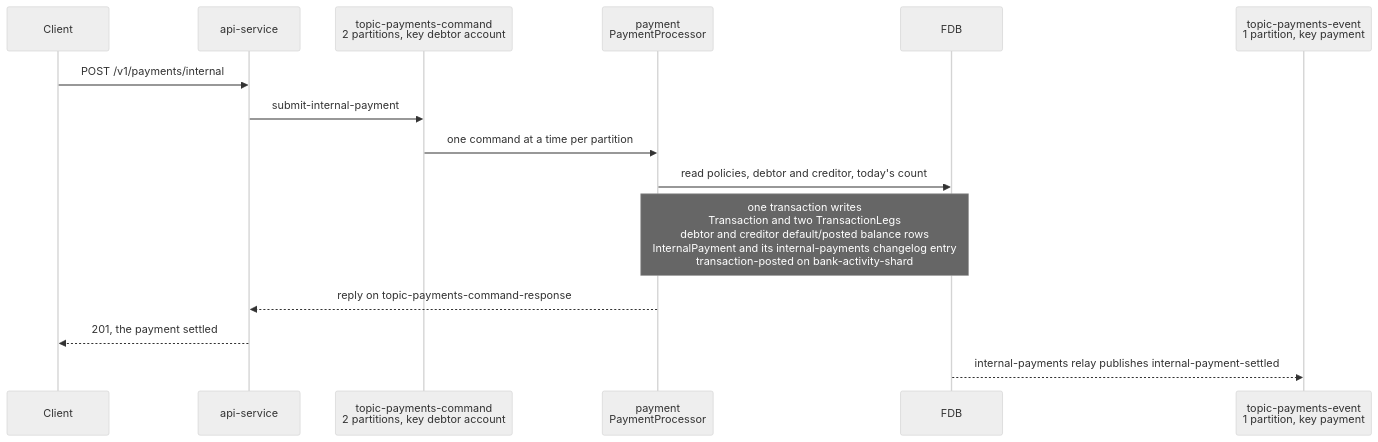
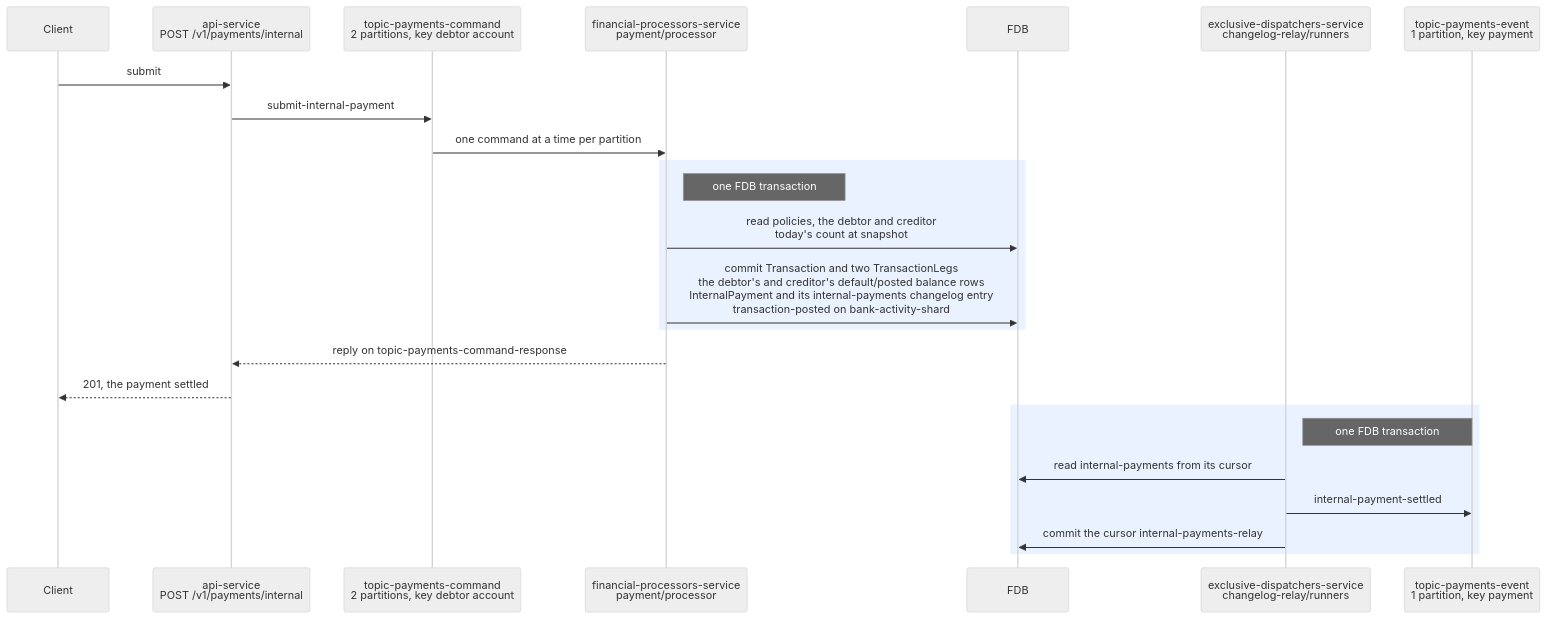
The first of 2 diagrams in docs/tdd/payments-internal.md (repldriven/queenswood), drawn with Mermaid (neutral theme) before and after one commit. The commit also changed other lines of this file and 1 other file, not shown here.

First line of the commit message:
Draw each FDB transaction as a commit to it, and name every participant as it is in the code

````diff
--- a/docs/tdd/payments-internal.md
+++ b/docs/tdd/payments-internal.md
@@ -49,17 +59,26 @@
 ```mermaid
 sequenceDiagram
     participant C as Client
-    participant API as api-service
+    participant API as api-service<br/>POST /v1/payments/internal
     participant PC as topic-payments-command<br/>2 partitions, key debtor account
-    participant PP as payment<br/>PaymentProcessor
+    participant PP as financial-processors-service<br/>payment/processor
     participant DB as FDB
+    participant RR as exclusive-dispatchers-service<br/>changelog-relay/runners
     participant PE as topic-payments-event<br/>1 partition, key payment
-    C->>API: POST /v1/payments/internal
+    C->>API: submit
     API->>PC: submit-internal-payment
     PC->>PP: one command at a time per partition
-    PP->>DB: read policies, debtor and creditor, today's count
-    Note over PP,DB: one transaction writes<br/>Transaction and two TransactionLegs<br/>debtor and creditor default/posted balance rows<br/>InternalPayment and its internal-payments changelog entry<br/>transaction-posted on bank-activity-shard
+    rect rgb(235, 242, 255)
+    Note right of PP: one FDB transaction
+    PP->>DB: read policies, the debtor and creditor<br/>today's count at snapshot
+    PP->>DB: commit Transaction and two TransactionLegs<br/>the debtor's and creditor's default/posted balance rows<br/>InternalPayment and its internal-payments changelog entry<br/>transaction-posted on bank-activity-shard
+    end
     PP-->>API: reply on topic-payments-command-response
     API-->>C: 201, the payment settled
-    DB-->>PE: internal-payments relay publishes internal-payment-settled
+    rect rgb(235, 242, 255)
+    Note right of RR: one FDB transaction
+    RR->>DB: read internal-payments from its cursor
+    RR->>PE: internal-payment-settled
+    RR->>DB: commit the cursor internal-payments-relay
+    end
 ```
````
